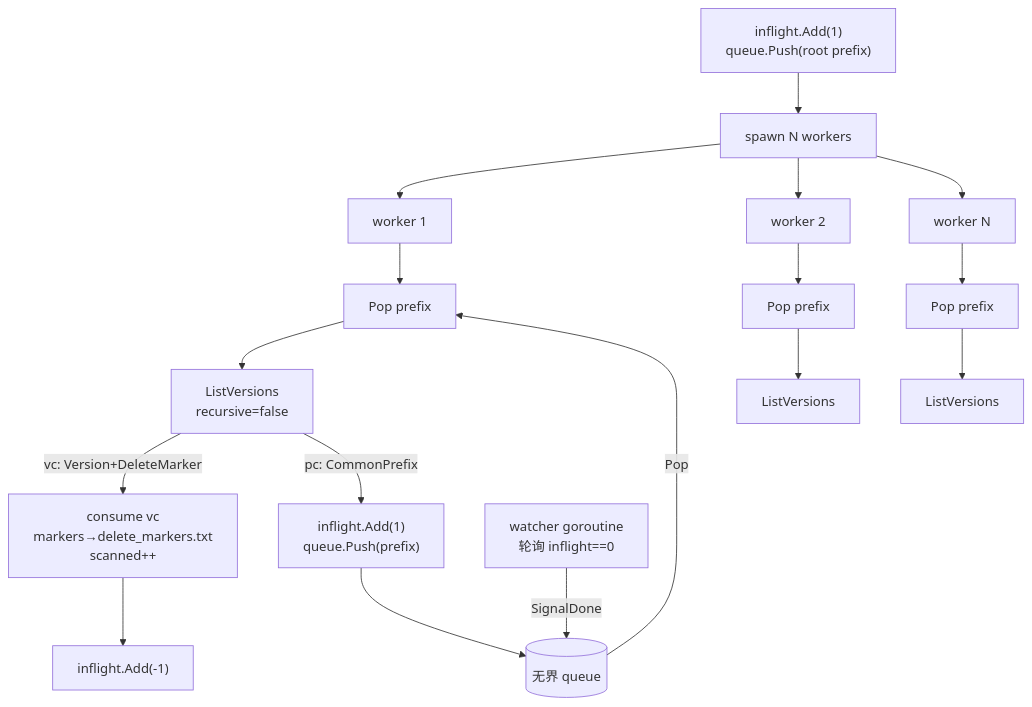
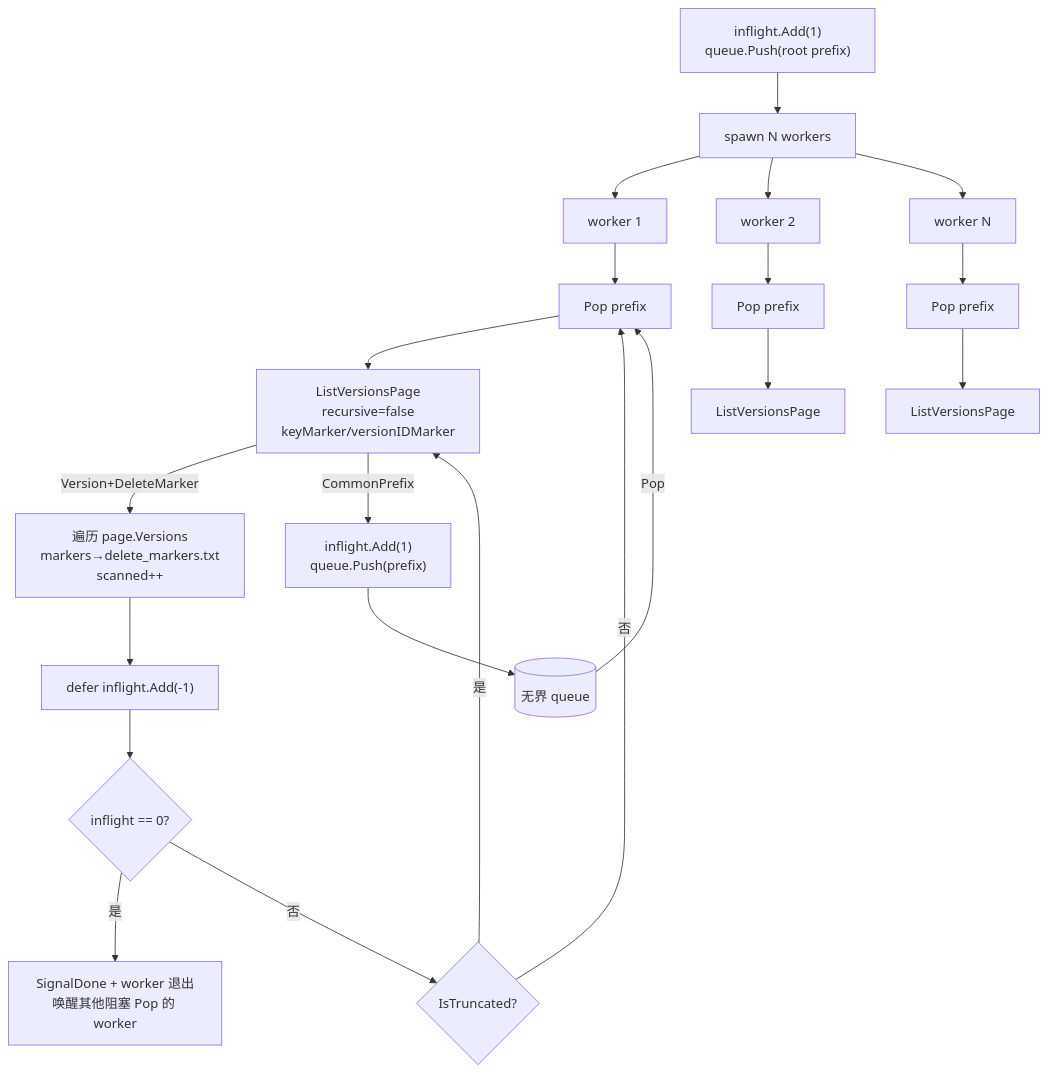
The third of 3 diagrams in delete_marker_list_tool/AGENTS.md (gengyuanzhe/chunked_check_tool), drawn with Mermaid before and after one commit. The commit also changed other lines of this file and 4 other files, not shown here.

Commit message:
replace 3-channel ListVersions with page-at-a-time ListVersionsPage

````diff
--- a/delete_marker_list_tool/AGENTS.md
+++ b/delete_marker_list_tool/AGENTS.md
@@ -74,19 +77,23 @@
 ```mermaid
 flowchart TD
     Init["inflight.Add(1)<br/>queue.Push(root prefix)"] --> Spawn[spawn N workers]
     Spawn --> W1[worker 1]
     Spawn --> W2[worker 2]
     Spawn --> WN[worker N]
-    W1 --> Pop1[Pop prefix]
-    W2 --> Pop2[Pop prefix]
-    WN --> PopN[Pop prefix]
-    Pop1 --> LV1[ListVersions<br/>recursive=false]
-    Pop2 --> LV2[ListVersions]
-    PopN --> LVN[ListVersions]
-    LV1 -->|vc: Version+DeleteMarker| Consume[consume vc<br/>markers→delete_markers.txt<br/>scanned++]
-    LV1 -->|pc: CommonPrefix| Enq["inflight.Add(1)<br/>queue.Push(prefix)"]
+    W1 --> Pop1["Pop prefix"]
+    W2 --> Pop2["Pop prefix"]
+    WN --> PopN["Pop prefix"]
+    Pop1 --> LV1["ListVersionsPage<br/>recursive=false<br/>keyMarker/versionIDMarker"]
+    Pop2 --> LV2["ListVersionsPage"]
+    PopN --> LVN["ListVersionsPage"]
+    LV1 -->|Version+DeleteMarker| Consume["遍历 page.Versions<br/>markers→delete_markers.txt<br/>scanned++"]
+    LV1 -->|CommonPrefix| Enq["inflight.Add(1)<br/>queue.Push(prefix)"]
     Enq --> Q[(无界 queue)]
     Q -->|Pop| Pop1
-    Consume --> Dec["inflight.Add(-1)"]
-    Watcher["watcher goroutine<br/>轮询 inflight==0"] -->|SignalDone| Q
+    Consume --> Dec["defer inflight.Add(-1)"]
+    Dec --> Check{inflight == 0?}
+    Check -->|是| Done["SignalDone + worker 退出<br/>唤醒其他阻塞 Pop 的 worker"]
+    Check -->|否| NextPage{IsTruncated?}
+    NextPage -->|是| LV1
+    NextPage -->|否| Pop1
 ```
````
